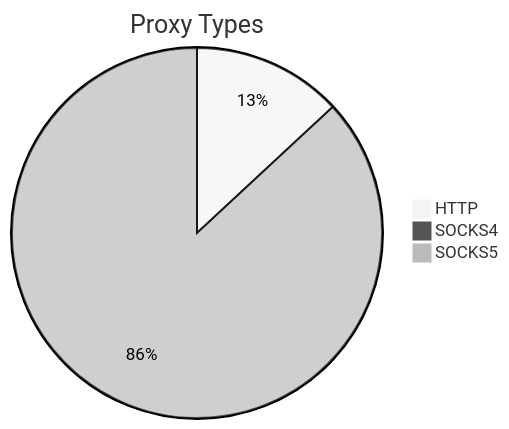
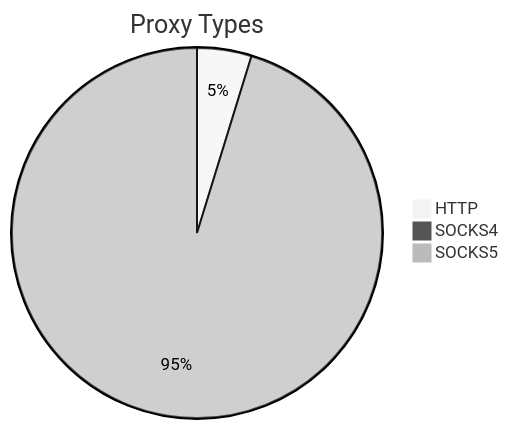
The first of 2 diagrams in README.md (stormsia/proxy-list), drawn with Mermaid (neutral theme) before and after one commit. The commit also changed other lines of this file, not shown here.

````diff
--- a/README.md
+++ b/README.md
@@ -21,6 +21,6 @@
 ```mermaid
 pie title Proxy Types
-    "HTTP" : 428
-    "SOCKS4" : 19
-    "SOCKS5" : 2843
+    "HTTP" : 372
+    "SOCKS4" : 11
+    "SOCKS5" : 7456
 ```
````
